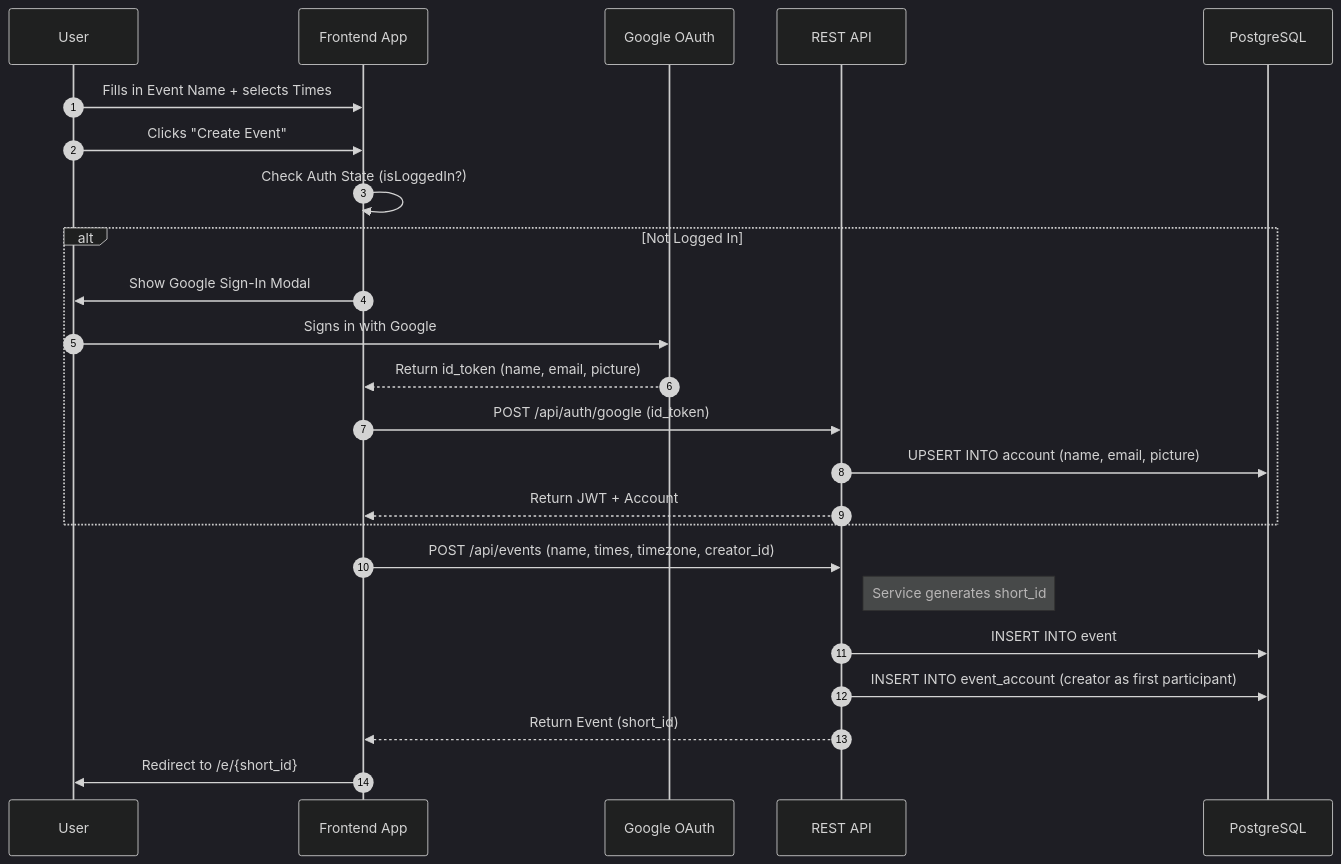
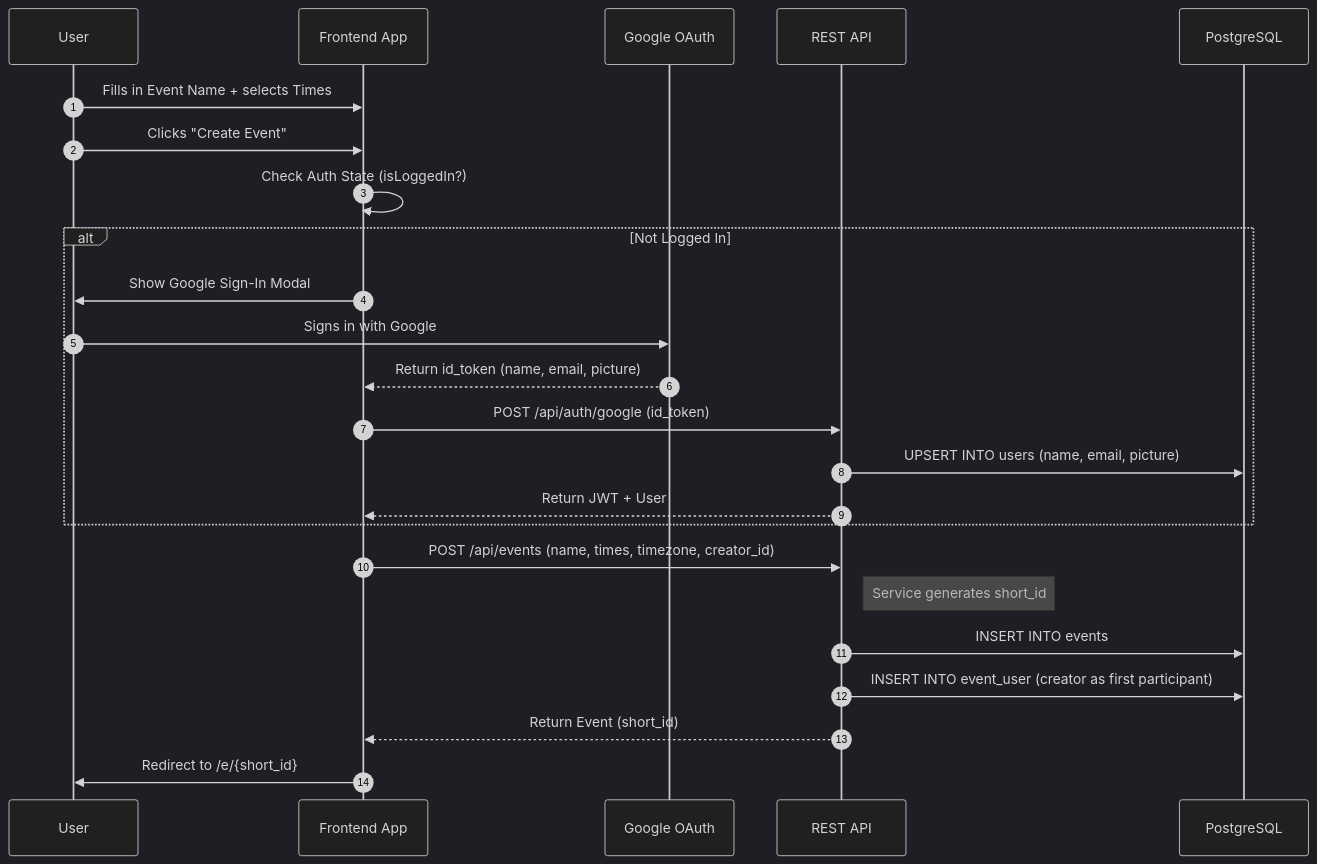
Before and after one commit to taltech-vanemarendajaks/team-25-gatherr: the first of 2 diagrams in SoW.md, drawn with Mermaid (dark theme). The commit also changed other lines of this file, not shown here.

Commit message:
docs: renamed database tables to multilar and replaced account with users table

````diff
--- a/SoW.md
+++ b/SoW.md
@@ -245,31 +245,31 @@
 ```mermaid
 sequenceDiagram
 autonumber
 
 participant U  as User
 participant FE as Frontend App
 participant G  as Google OAuth
 participant BE as REST API
 participant DB as PostgreSQL
 
 U->>FE: Fills in Event Name + selects Times
 U->>FE: Clicks "Create Event"
 
 FE->>FE: Check Auth State (isLoggedIn?)
 
 alt Not Logged In
     FE->>U: Show Google Sign-In Modal
     U->>G: Signs in with Google
     G-->>FE: Return id_token (name, email, picture)
     FE->>BE: POST /api/auth/google (id_token)
-    BE->>DB: UPSERT INTO account (name, email, picture)
-    BE-->>FE: Return JWT + Account
+    BE->>DB: UPSERT INTO users (name, email, picture)
+    BE-->>FE: Return JWT + User
 end
 
 FE->>BE: POST /api/events (name, times, timezone, creator_id)
 Note right of BE: Service generates short_id
-BE->>DB: INSERT INTO event
-BE->>DB: INSERT INTO event_account (creator as first participant)
+BE->>DB: INSERT INTO events
+BE->>DB: INSERT INTO event_user (creator as first participant)
 BE-->>FE: Return Event (short_id)
 FE->>U: Redirect to /e/{short_id}
 ```
````
